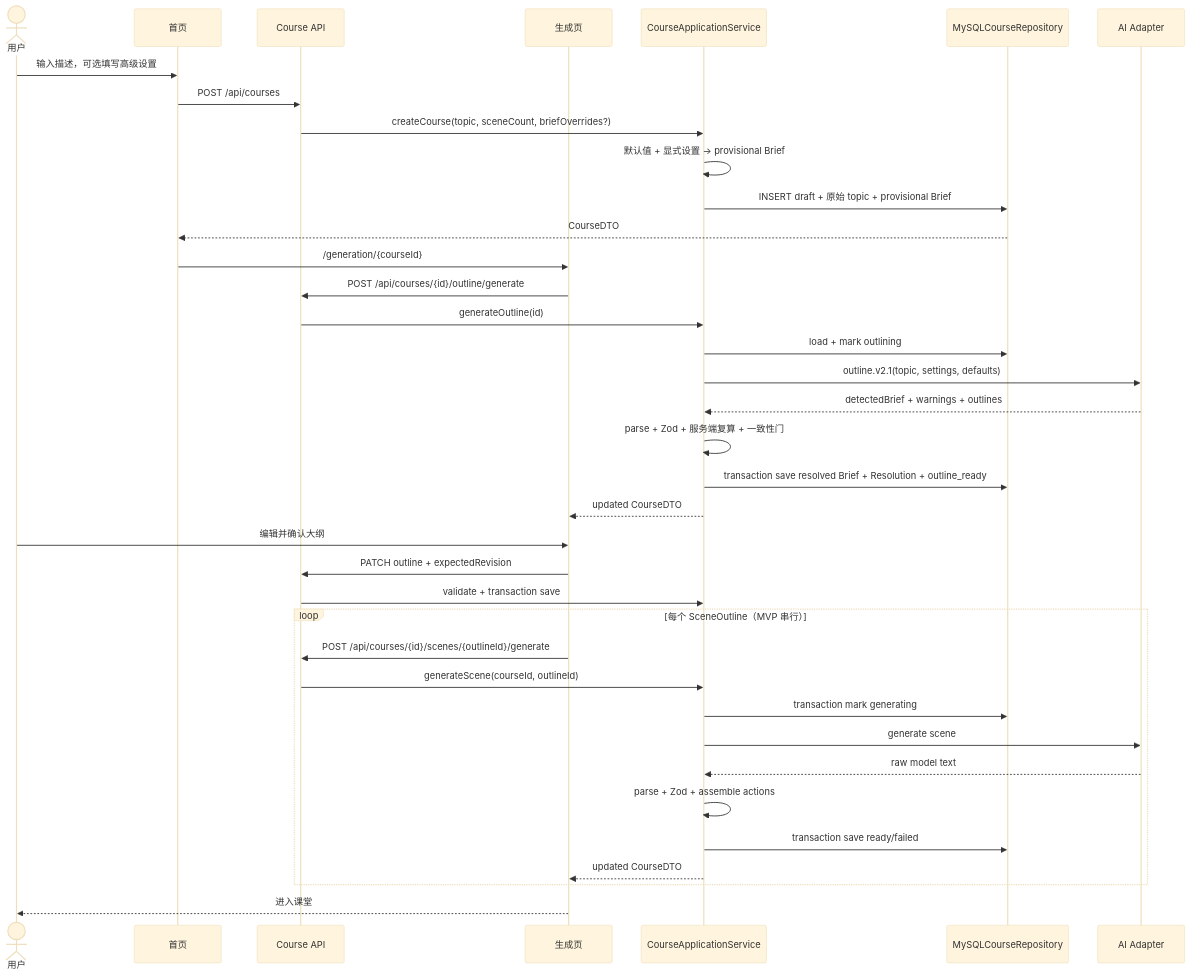
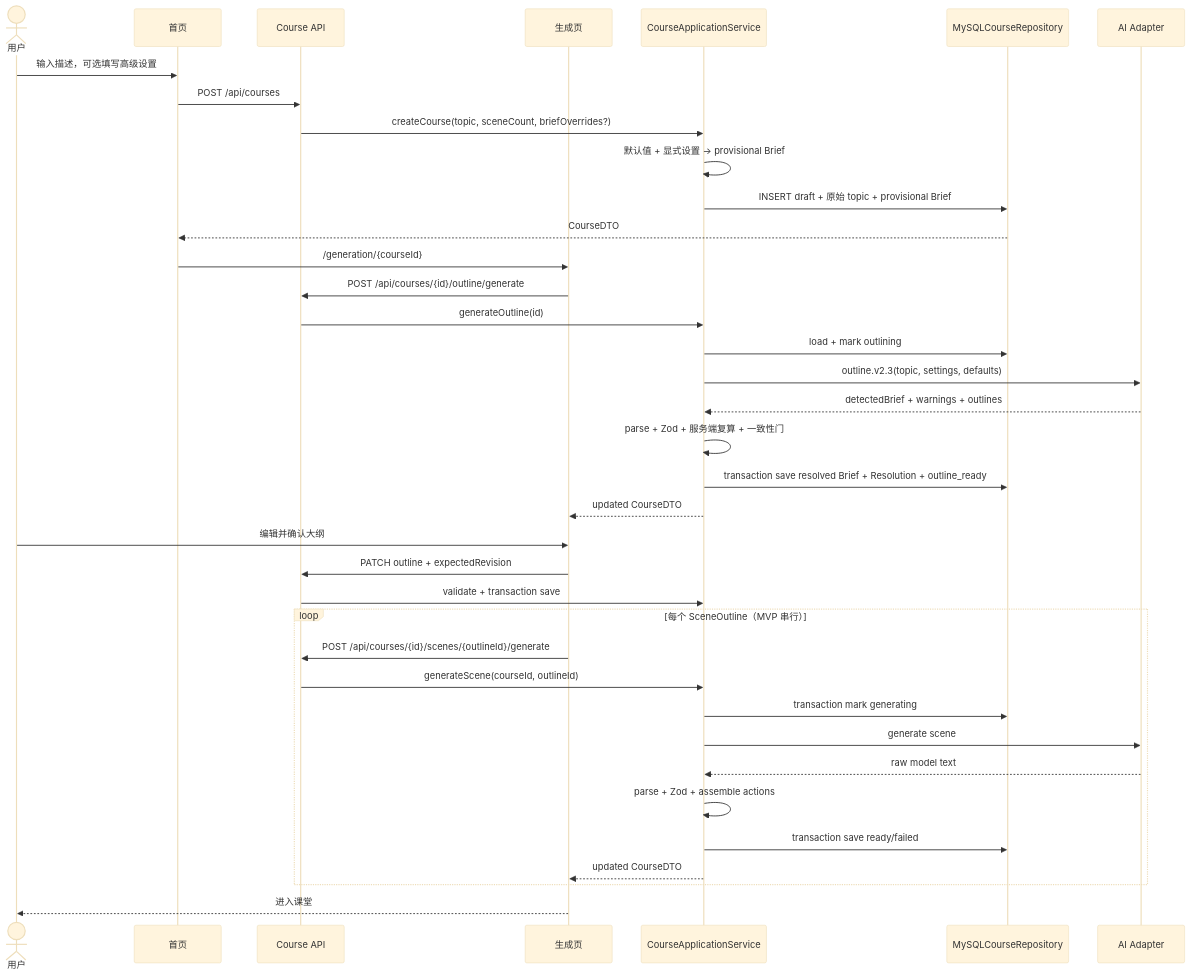
One commit to shuige666666/ai-teaching-assistance-platform changed the third of 4 diagrams in docs/03-architecture.md. Above: the diagram before and after it, drawn with Mermaid (base theme). The commit also changed other lines of this file and 51 other files, not shown here.

````diff
--- a/docs/03-architecture.md
+++ b/docs/03-architecture.md
@@ -333,42 +331,42 @@
 ```mermaid
 sequenceDiagram
     actor U as 用户
     participant H as 首页
     participant C as Course API
     participant G as 生成页
     participant A as CourseApplicationService
     participant R as MySQLCourseRepository
     participant M as AI Adapter
 
     U->>H: 输入描述，可选填写高级设置
     H->>C: POST /api/courses
     C->>A: createCourse(topic, sceneCount, briefOverrides?)
     A->>A: 默认值 + 显式设置 → provisional Brief
     A->>R: INSERT draft + 原始 topic + provisional Brief
     R-->>H: CourseDTO
     H->>G: /generation/{courseId}
     G->>C: POST /api/courses/{id}/outline/generate
     C->>A: generateOutline(id)
     A->>R: load + mark outlining
-    A->>M: outline.v2.1(topic, settings, defaults)
+    A->>M: outline.v2.3(topic, settings, defaults)
     M-->>A: detectedBrief + warnings + outlines
     A->>A: parse + Zod + 服务端复算 + 一致性门
     A->>R: transaction save resolved Brief + Resolution + outline_ready
     A-->>G: updated CourseDTO
     U->>G: 编辑并确认大纲
     G->>C: PATCH outline + expectedRevision
     C->>A: validate + transaction save
 
     loop 每个 SceneOutline（MVP 串行）
       G->>C: POST /api/courses/{id}/scenes/{outlineId}/generate
       C->>A: generateScene(courseId, outlineId)
       A->>R: transaction mark generating
       A->>M: generate scene
       M-->>A: raw model text
       A->>A: parse + Zod + assemble actions
       A->>R: transaction save ready/failed
       A-->>G: updated CourseDTO
     end
 
     G-->>U: 进入课堂
 ```
````
